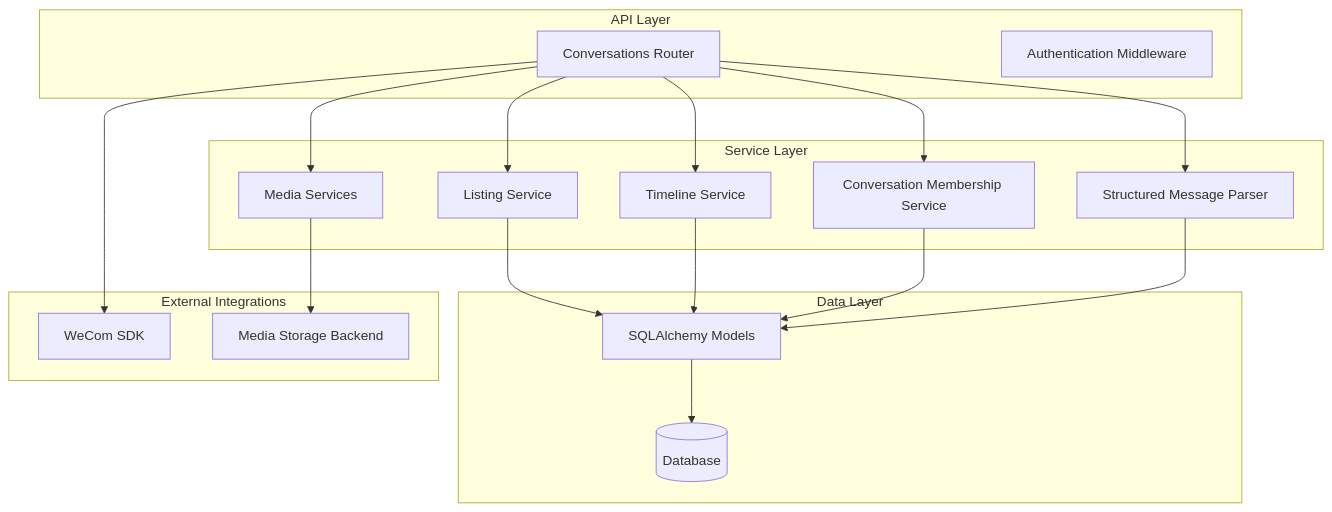
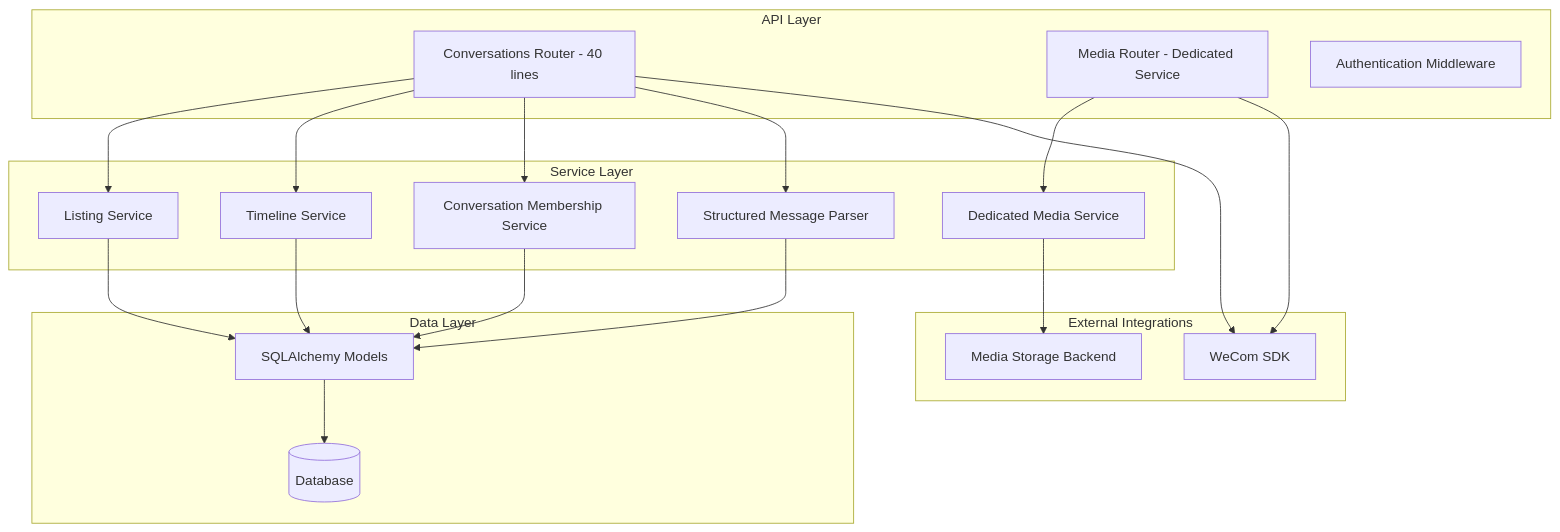
The first of 3 diagrams in .qoder/repowiki/en/content/API Reference/Conversations API.md (zuohaisu/wecom-archive), drawn with Mermaid before and after one commit. The commit also changed other lines of this file and 84 other files, not shown here.

````diff
--- a/.qoder/repowiki/en/content/API Reference/Conversations API.md
+++ b/.qoder/repowiki/en/content/API Reference/Conversations API.md
@@ -67,34 +63,36 @@
 ```mermaid
 graph TB
 subgraph "API Layer"
-Router[Conversations Router]
+ConversationsRouter[Conversations Router - 40 lines]
+MediaRouter[Media Router - Dedicated Service]
 Auth[Authentication Middleware]
 end
 subgraph "Service Layer"
 ListingService[Listing Service]
 TimelineService[Timeline Service]
 Membership[Conversation Membership Service]
 Parser[Structured Message Parser]
-Media[Media Services]
+MediaService[Dedicated Media Service]
 end
 subgraph "Data Layer"
 Models[SQLAlchemy Models]
 DB[(Database)]
 end
 subgraph "External Integrations"
 WeCom[WeCom SDK]
 Storage[Media Storage Backend]
 end
-Router --> ListingService
-Router --> TimelineService
-Router --> Membership
-Router --> Parser
-Router --> Media
+ConversationsRouter --> ListingService
+ConversationsRouter --> TimelineService
+ConversationsRouter --> Membership
+ConversationsRouter --> Parser
+MediaRouter --> MediaService
+MediaService --> Storage
 ListingService --> Models
 TimelineService --> Models
 Membership --> Models
 Parser --> Models
-Media --> Storage
 Models --> DB
-Router --> WeCom
+ConversationsRouter --> WeCom
+MediaRouter --> WeCom
 ```
````
